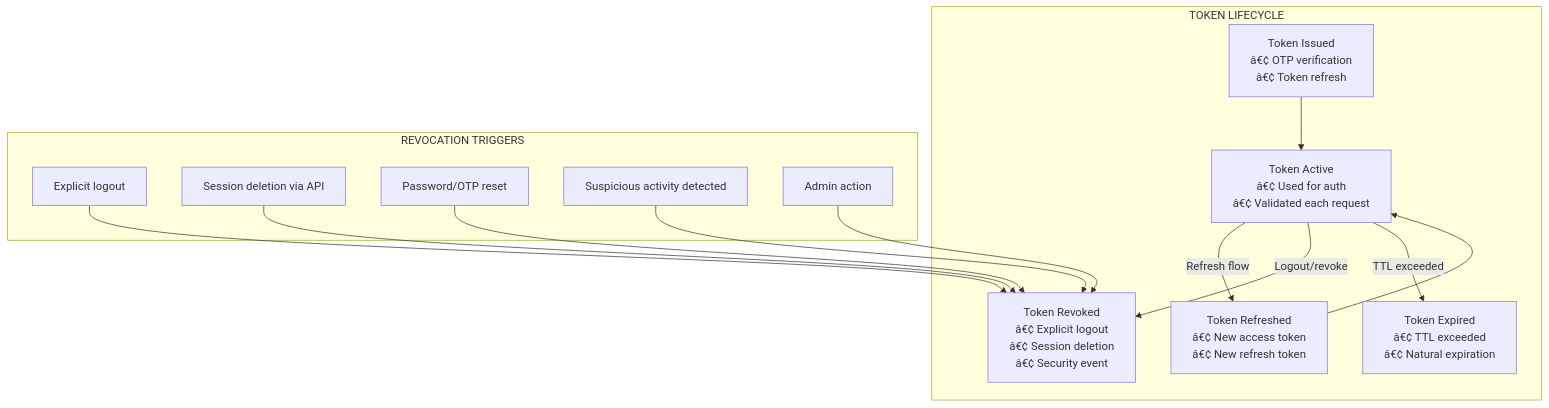
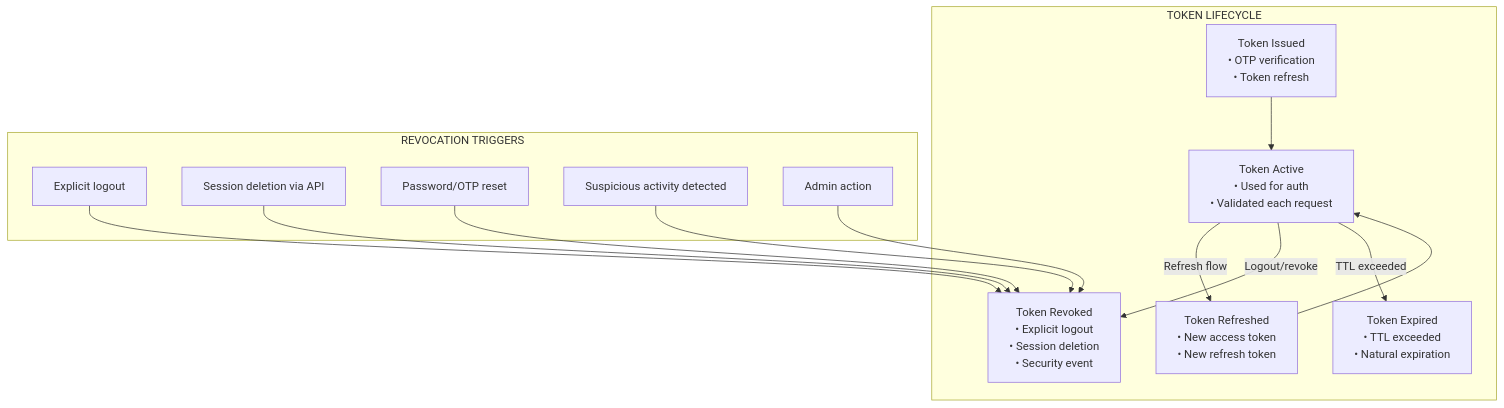
The fifth of 13 diagrams in docs/ADR-013.md (ae-lexs/realtime-messaging-platform), drawn with Mermaid before and after one commit. The commit also changed other lines of this file and 4 other files, not shown here.

````diff
--- a/docs/ADR-013.md
+++ b/docs/ADR-013.md
@@ -425,30 +425,30 @@
 ```mermaid
 flowchart TB
     subgraph Lifecycle["TOKEN LIFECYCLE"]
-        ISSUE["Token Issued<br/>â€¢ OTP verification<br/>â€¢ Token refresh"]
-        ACTIVE["Token Active<br/>â€¢ Used for auth<br/>â€¢ Validated each request"]
-        REFRESH["Token Refreshed<br/>â€¢ New access token<br/>â€¢ New refresh token"]
-        REVOKE["Token Revoked<br/>â€¢ Explicit logout<br/>â€¢ Session deletion<br/>â€¢ Security event"]
-        EXPIRE["Token Expired<br/>â€¢ TTL exceeded<br/>â€¢ Natural expiration"]
+        ISSUE["Token Issued<br/>• OTP verification<br/>• Token refresh"]
+        ACTIVE["Token Active<br/>• Used for auth<br/>• Validated each request"]
+        REFRESH["Token Refreshed<br/>• New access token<br/>• New refresh token"]
+        REVOKE["Token Revoked<br/>• Explicit logout<br/>• Session deletion<br/>• Security event"]
+        EXPIRE["Token Expired<br/>• TTL exceeded<br/>• Natural expiration"]
     end
     
     ISSUE --> ACTIVE
     ACTIVE -->|"Refresh flow"| REFRESH
     REFRESH --> ACTIVE
     ACTIVE -->|"Logout/revoke"| REVOKE
     ACTIVE -->|"TTL exceeded"| EXPIRE
     
     subgraph Revocation["REVOCATION TRIGGERS"]
         REV1["Explicit logout"]
         REV2["Session deletion via API"]
         REV3["Password/OTP reset"]
         REV4["Suspicious activity detected"]
         REV5["Admin action"]
     end
     
     REV1 --> REVOKE
     REV2 --> REVOKE
     REV3 --> REVOKE
     REV4 --> REVOKE
     REV5 --> REVOKE
 ```
````
